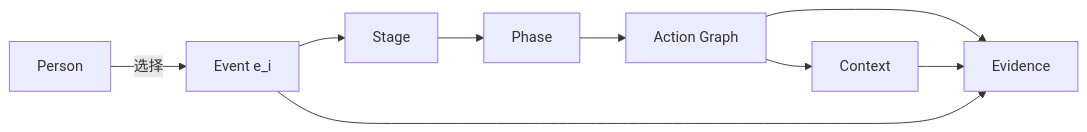
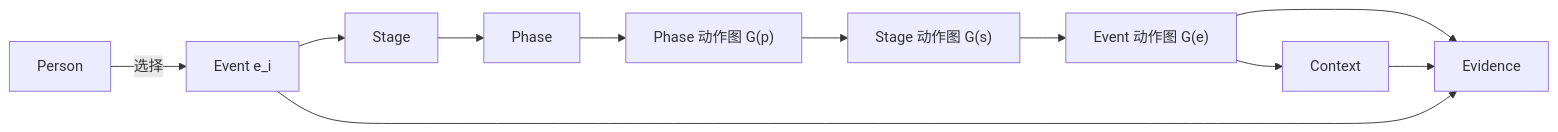
Before and after one commit to AgenticFinLab/FinMycelium: the third of 4 diagrams in docs/structures/0-overview.md, drawn with Mermaid. The commit also changed other lines of this file and 4 other files, not shown here.

````diff
--- a/docs/structures/0-overview.md
+++ b/docs/structures/0-overview.md
@@ -83,11 +84,13 @@
 ```mermaid
 flowchart LR
     P["Person"] -->|选择| E["Event e_i"]
     E --> S["Stage"]
     S --> PH["Phase"]
-    PH --> G["Action Graph"]
-    G --> C["Context"]
-    G --> V["Evidence"]
+    PH --> GP["Phase 动作图 G(p)"]
+    GP --> GS["Stage 动作图 G(s)"]
+    GS --> GE["Event 动作图 G(e)"]
+    GE --> C["Context"]
+    GE --> V["Evidence"]
     C --> V
     E --> V
 ```
````
